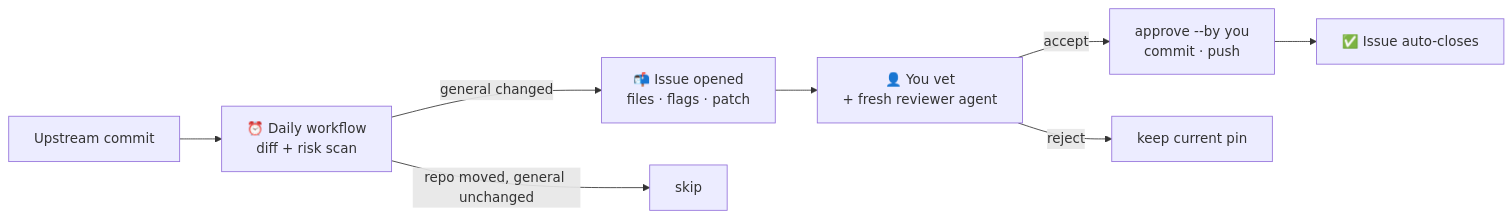
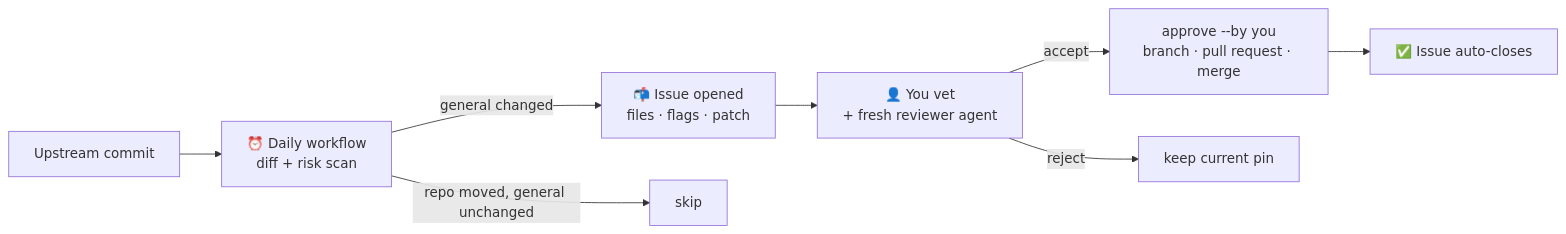
One commit to TahrimWalid/great-general changed the second of 2 diagrams in README.md. Above: the diagram before and after it, drawn with Mermaid. The commit also changed 2 other files, not shown here.

Commit message:
Sync pinned generals through pull requests

````diff
--- a/README.md
+++ b/README.md
@@ -110,10 +110,10 @@
 ```mermaid
 flowchart LR
     U[Upstream commit] --> W[⏰ Daily workflow<br/>diff + risk scan]
     W -->|general changed| I[📬 Issue opened<br/>files · flags · patch]
     W -->|repo moved, general unchanged| S[skip]
     I --> V[👤 You vet<br/>+ fresh reviewer agent]
-    V -->|accept| P[approve --by you<br/>commit · push]
+    V -->|accept| P[approve --by you<br/>branch · pull request · merge]
     V -->|reject| K[keep current pin]
     P --> C[✅ Issue auto-closes]
 ```
````
